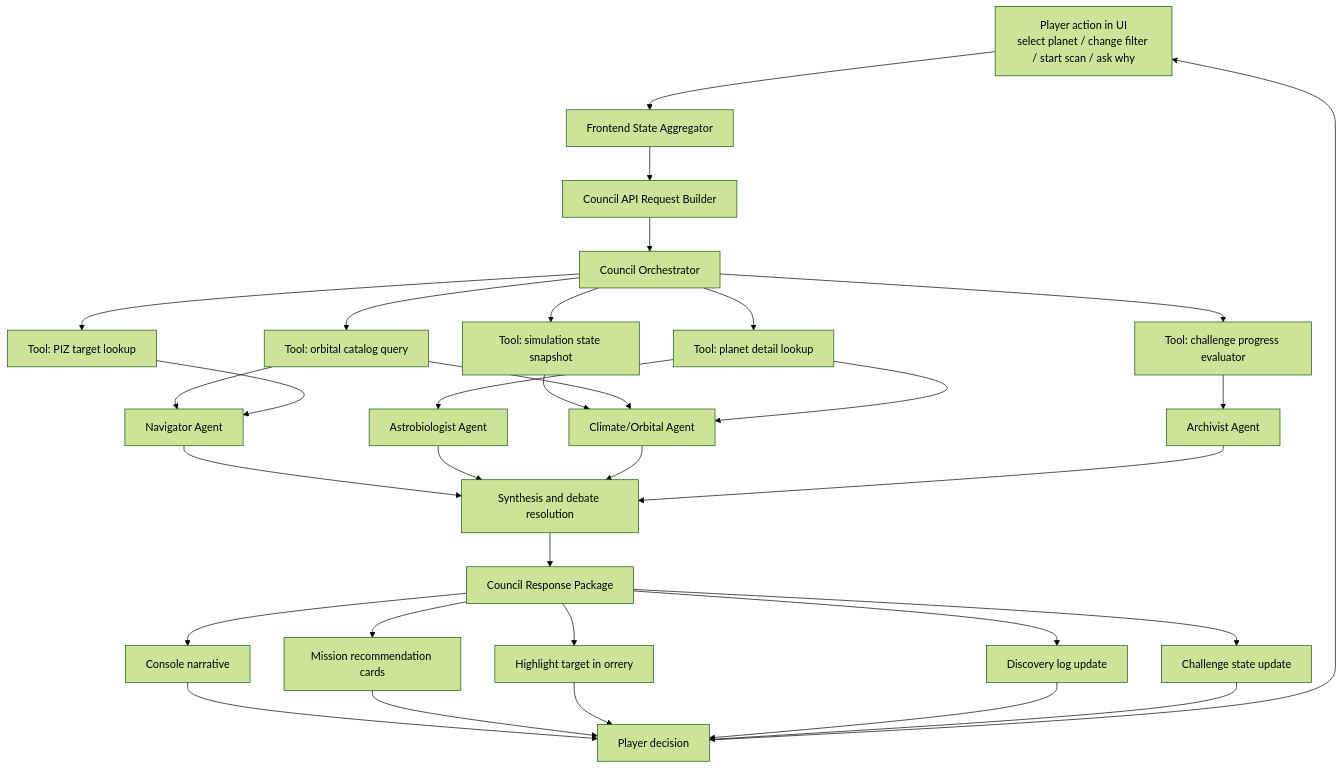
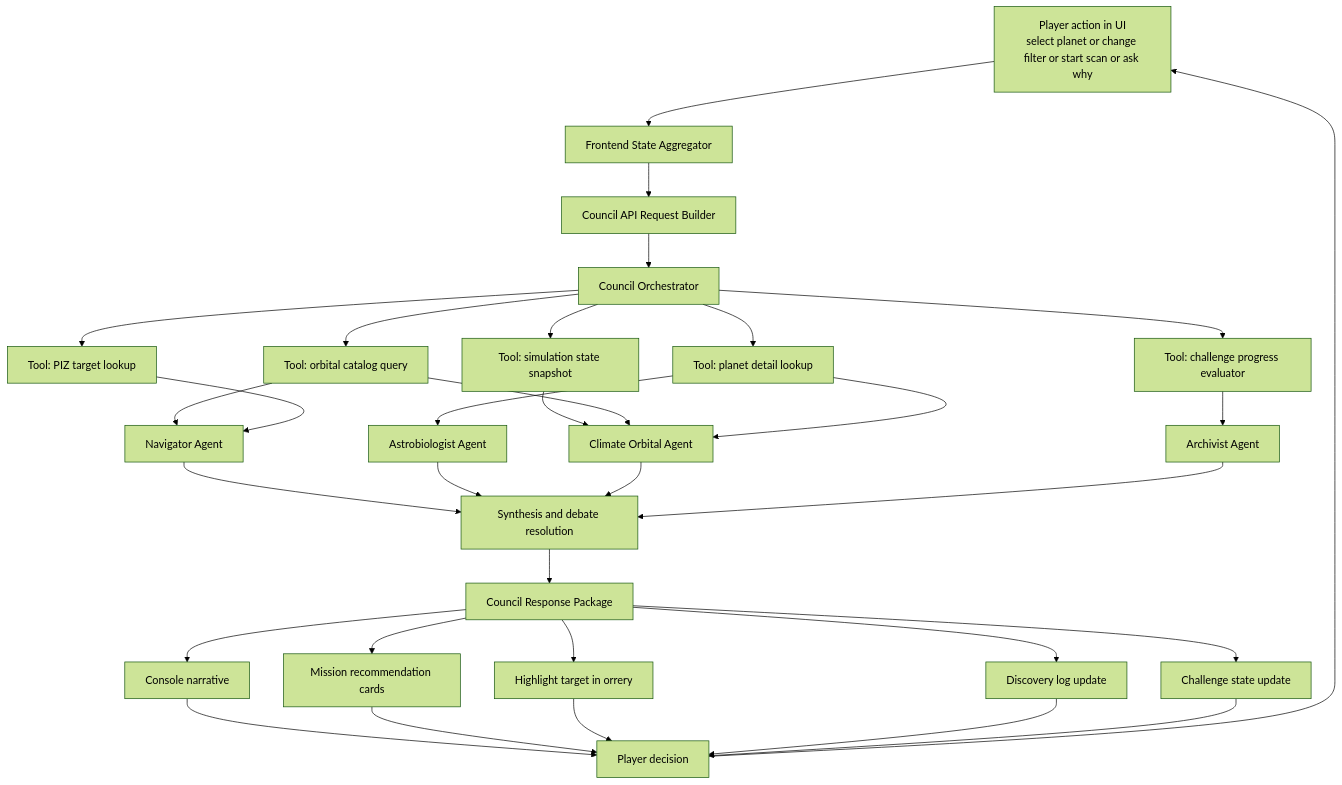
Before and after one commit to Procoderdata/hackathonvodich: the first of 3 diagrams in AI_SCIENCE_COUNCIL_PIPELINE.md, drawn with Mermaid (forest theme). The commit also changed other lines of this file and 1 other file, not shown here.

Commit message:
docs: normalize all Mermaid labels to parser-safe convention

````diff
--- a/AI_SCIENCE_COUNCIL_PIPELINE.md
+++ b/AI_SCIENCE_COUNCIL_PIPELINE.md
@@ -42,40 +42,40 @@
 ```mermaid
 flowchart TD
-    A[Player action in UI\nselect planet / change filter / start scan / ask why] --> B[Frontend State Aggregator]
+    A[Player action in UI\nselect planet or change filter or start scan or ask why] --> B[Frontend State Aggregator]
     B --> C[Council API Request Builder]
     C --> D[Council Orchestrator]
 
     D --> T1[Tool: orbital catalog query]
     D --> T2[Tool: planet detail lookup]
     D --> T3[Tool: PIZ target lookup]
     D --> T4[Tool: challenge progress evaluator]
     D --> T5[Tool: simulation state snapshot]
 
     T1 --> N[Navigator Agent]
     T2 --> A1[Astrobiologist Agent]
     T3 --> N
     T4 --> R[Archivist Agent]
-    T5 --> C1[Climate/Orbital Agent]
+    T5 --> C1[Climate Orbital Agent]
     T1 --> C1
     T2 --> C1
 
     N --> S[Synthesis and debate resolution]
     A1 --> S
     C1 --> S
     R --> S
 
     S --> O[Council Response Package]
     O --> U1[Console narrative]
     O --> U2[Mission recommendation cards]
     O --> U3[Highlight target in orrery]
     O --> U4[Discovery log update]
     O --> U5[Challenge state update]
 
     U1 --> P[Player decision]
     U2 --> P
     U3 --> P
     U4 --> P
     U5 --> P
 
     P --> A
 ```
````
